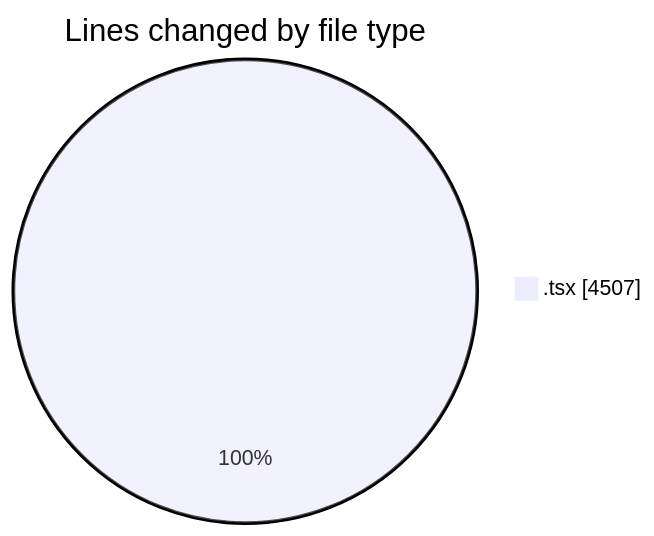
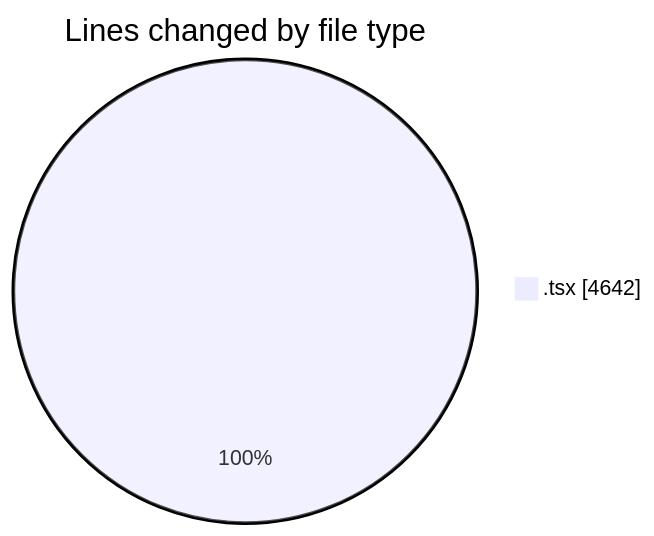
Before and after one commit to nxtqubesakshisongat/code-tracking: the first of 2 diagrams in 2026-06-25/nxtqube_webapp/README.md, drawn with Mermaid. The commit also changed other lines of this file and 1 other file, not shown here.

````diff
--- a/2026-06-25/nxtqube_webapp/README.md
+++ b/2026-06-25/nxtqube_webapp/README.md
@@ -22,5 +22,5 @@
 ```mermaid
 pie showData
 title Lines changed by file type
-".tsx" : 4507
+".tsx" : 4642
 ```
````
